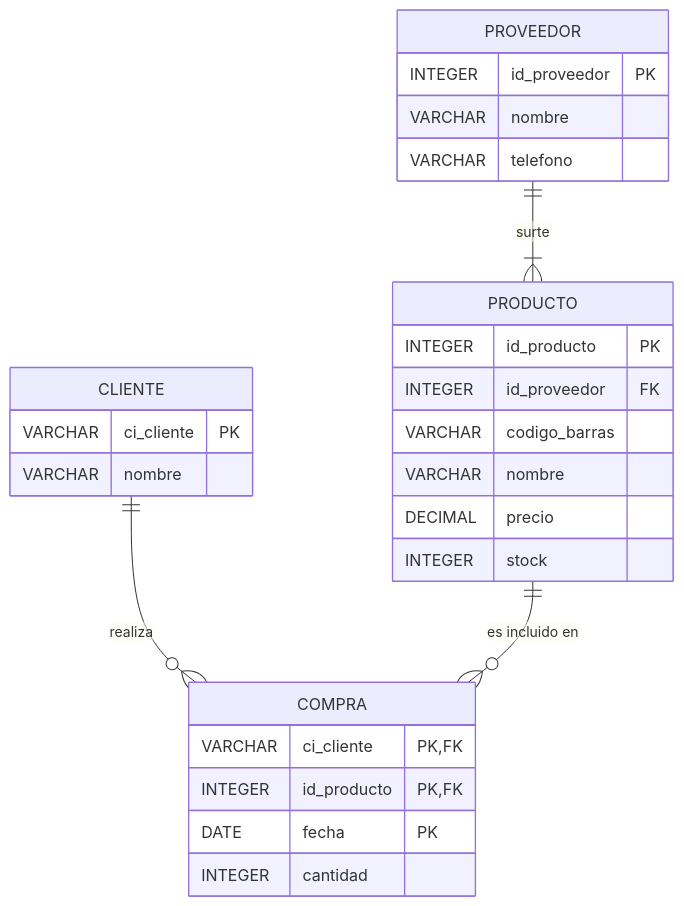
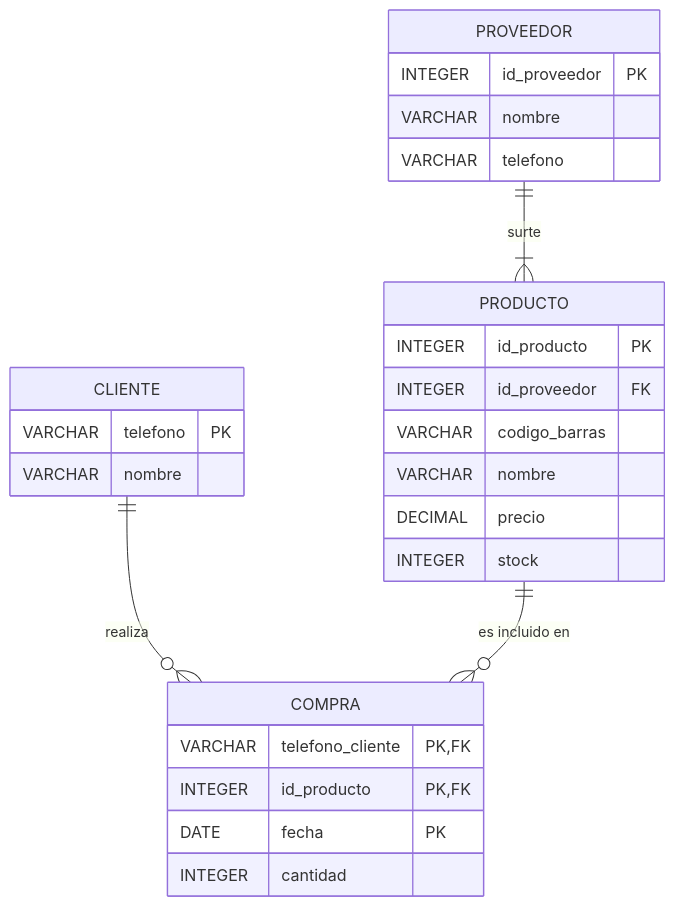
One commit to SPY26-apt/Base_de_datos_I4 changed the diagram in Primer avance/README.md. Above: the diagram before and after it, drawn with Mermaid. The commit also changed other lines of this file, not shown here.

````diff
--- a/Primer avance/README.md
+++ b/Primer avance/README.md
@@ -67,33 +67,33 @@
 ```mermaid
 erDiagram
     CLIENTE ||--o{ COMPRA : "realiza"
     PRODUCTO ||--o{ COMPRA : "es incluido en"
     PROVEEDOR ||--|{ PRODUCTO : "surte"
 
     CLIENTE {
-        VARCHAR ci_cliente PK
+        VARCHAR telefono PK
         VARCHAR nombre
     }
     
     PROVEEDOR {
         INTEGER id_proveedor PK
         VARCHAR nombre
         VARCHAR telefono
     }
     
     PRODUCTO {
         INTEGER id_producto PK
         INTEGER id_proveedor FK
         VARCHAR codigo_barras
         VARCHAR nombre
         DECIMAL precio
         INTEGER stock
     }
     
     COMPRA {
-        VARCHAR ci_cliente PK,FK
+        VARCHAR telefono_cliente PK,FK
         INTEGER id_producto PK,FK
         DATE fecha PK
         INTEGER cantidad
     }
 ```
````
